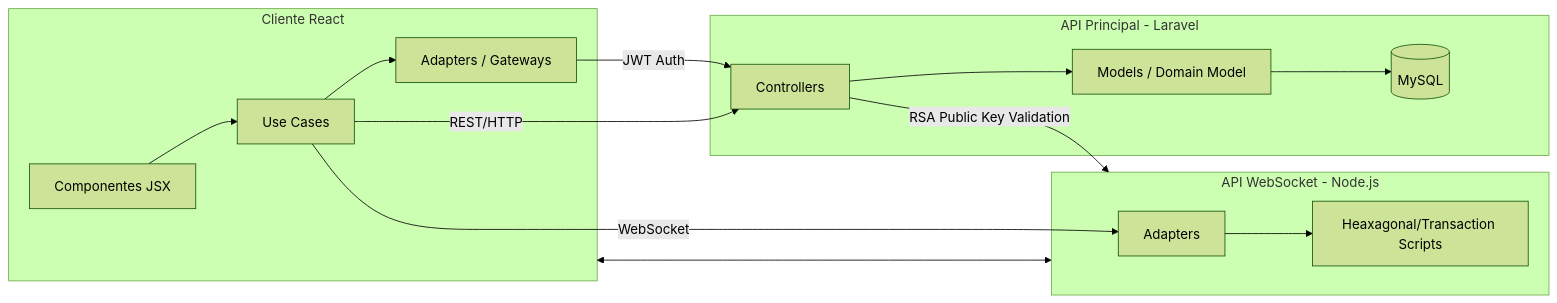
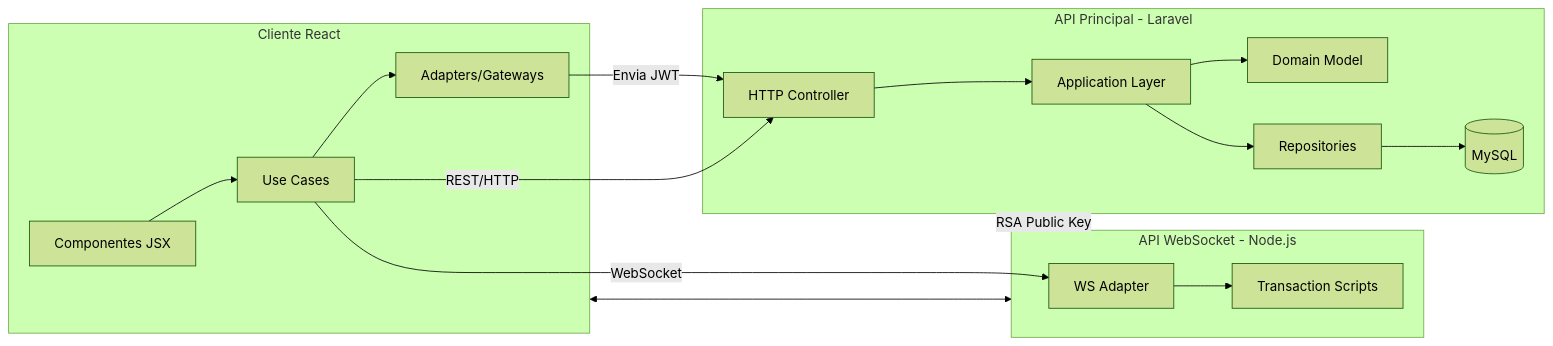
One commit to waltersernikovjr/estacionamento-uby changed the first of 6 diagrams in Arquitetura.md. Above: the diagram before and after it, drawn with Mermaid (forest theme). The commit also changed other lines of this file and 4 other files, not shown here.

````diff
--- a/Arquitetura.md
+++ b/Arquitetura.md
@@ -24,29 +28,32 @@
 ```mermaid
 flowchart LR
     subgraph React [Cliente React]
         UI[Componentes JSX]
         UC[Use Cases]
-        INFRA[Adapters / Gateways]
+        INFRA[Adapters/Gateways]
         UI --> UC --> INFRA
     end
 
     subgraph API [API Principal - Laravel]
-        C[Controllers]
-        M[Models / Domain Model]
+        IN[HTTP Controller]
+        APP[Application Layer]
+        DOM[Domain Model]
+        REPO[Repositories]
         DB[(MySQL)]
-        C --> M --> DB
+        IN --> APP --> DOM
+        APP --> REPO --> DB
     end
 
     subgraph WS [API WebSocket - Node.js]
-        ADP[Adapters]
-        CORE[Heaxagonal/Transaction Scripts]
+        ADP[WS Adapter]
+        CORE[Transaction Scripts]
         ADP --> CORE
     end
 
-    INFRA -- JWT Auth --> C
-    UC -- REST/HTTP --> C
+    INFRA -- Envia JWT --> IN
+    UC -- REST/HTTP --> IN
     UC -- WebSocket --> ADP
-    WS <--> React
 
-    C -- RSA Public Key Validation --> WS
+    React <--> WS
+    API -- RSA Public Key --> WS
 ```
````
